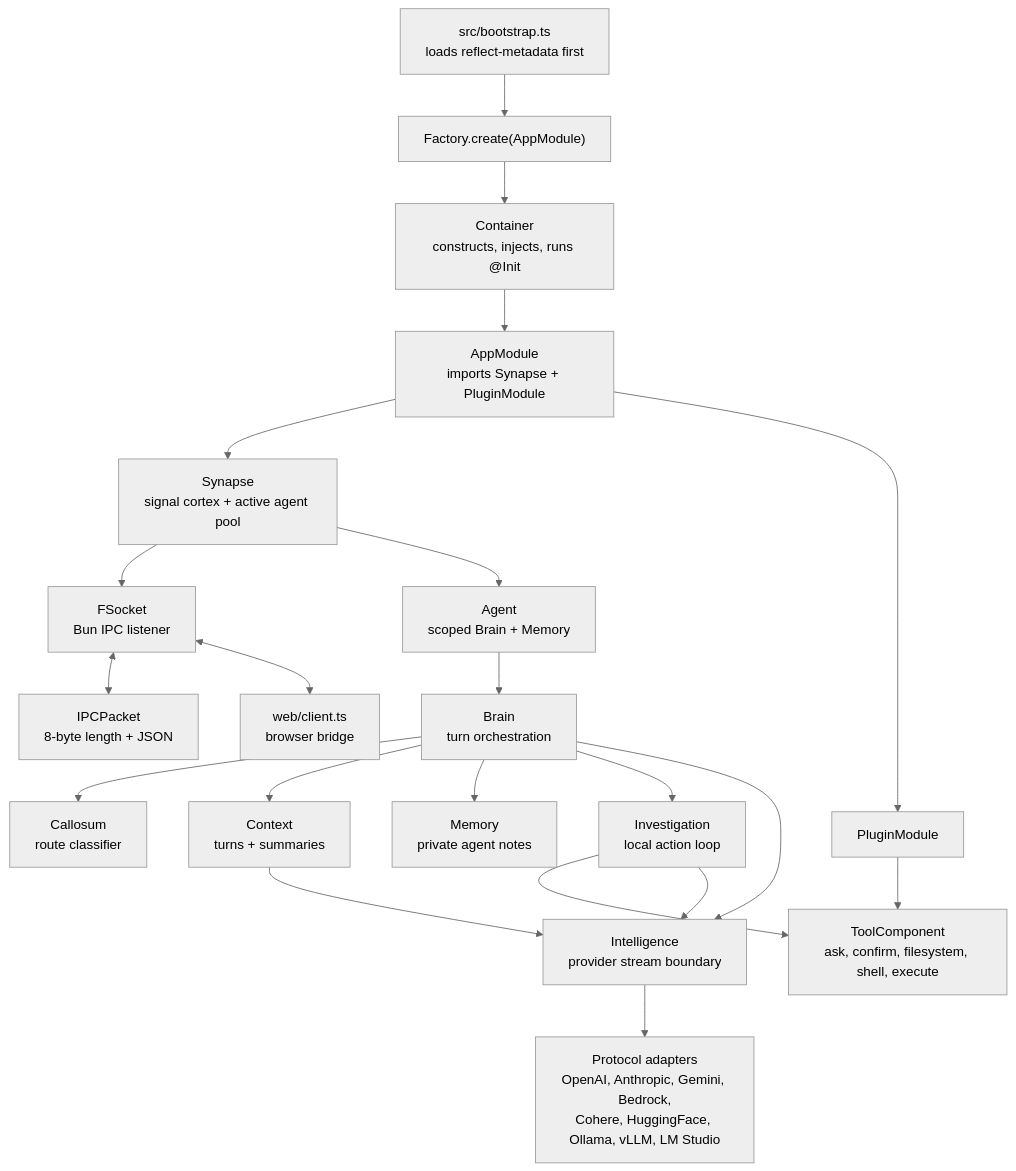
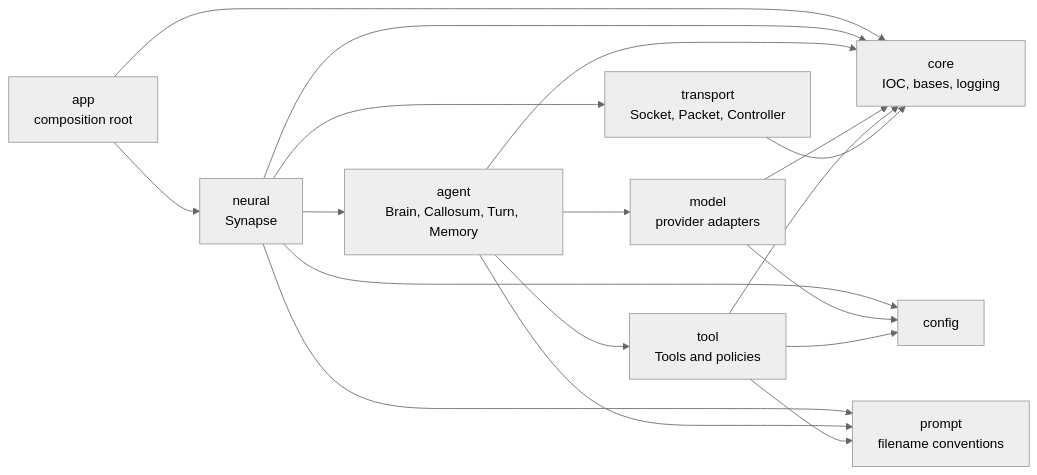
Before and after one commit to flyflor/flyflor: the first of 2 diagrams in README.md, drawn with Mermaid (neutral theme). The commit also changed other lines of this file and 5 other files, not shown here.

First line of the commit message:
docs: record the lifeform architecture

````diff
--- a/README.md
+++ b/README.md
@@ -28,26 +26,20 @@
 ```mermaid
-flowchart TB
-    Bootstrap["src/bootstrap.ts<br/>loads reflect-metadata first"] --> Factory["Factory.create(AppModule)"]
-    Factory --> Container["Container<br/>constructs, injects, runs @Init"]
-    Container --> AppModule["AppModule<br/>imports Synapse + PluginModule"]
-
-    AppModule --> Synapse["Synapse<br/>signal cortex + active agent pool"]
-    AppModule --> PluginModule["PluginModule"]
-    PluginModule --> Tools["ToolComponent<br/>ask, confirm, filesystem, shell, execute"]
-
-    Synapse --> Socket["FSocket<br/>Bun IPC listener"]
-    Socket <--> Packet["IPCPacket<br/>8-byte length + JSON"]
-    Socket <--> Client["web/client.ts<br/>browser bridge"]
-
-    Synapse --> Agent["Agent<br/>scoped Brain + Memory"]
-    Agent --> Brain["Brain<br/>turn orchestration"]
-    Brain --> Callosum["Callosum<br/>route classifier"]
-    Brain --> Context["Context<br/>turns + summaries"]
-    Brain --> Memory["Memory<br/>private agent notes"]
-    Brain --> Investigation["Investigation<br/>local action loop"]
-    Brain --> Intelligence["Intelligence<br/>provider stream boundary"]
-    Context --> Intelligence
-    Investigation --> Tools
-    Investigation --> Intelligence
-    Intelligence --> Protocols["Protocol adapters<br/>OpenAI, Anthropic, Gemini, Bedrock,<br/>Cohere, HuggingFace, Ollama, vLLM, LM Studio"]
+flowchart LR
+    App["app<br/>composition root"] --> Neural["neural<br/>Synapse"]
+    Neural --> Agent["agent<br/>Brain, Callosum, Turn, Memory"]
+    Neural --> Transport["transport<br/>Socket, Packet, Controller"]
+    Agent --> Model["model<br/>provider adapters"]
+    Agent --> Tool["tool<br/>Tools and policies"]
+    App --> Core["core<br/>IOC, bases, logging"]
+    Neural --> Core
+    Agent --> Core
+    Model --> Core
+    Tool --> Core
+    Transport --> Core
+    Neural --> Config["config"]
+    Model --> Config
+    Tool --> Config
+    Neural --> Prompt["prompt<br/>filename conventions"]
+    Agent --> Prompt
+    Tool --> Prompt
 ```
````
